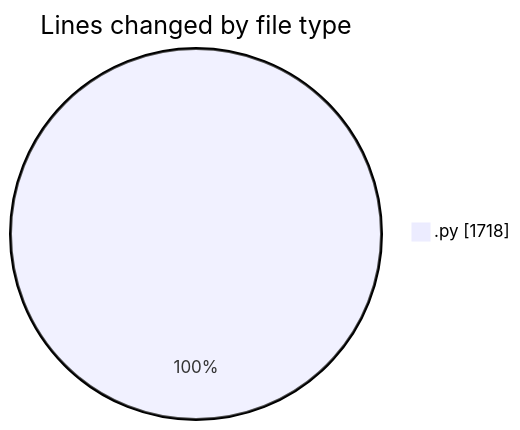
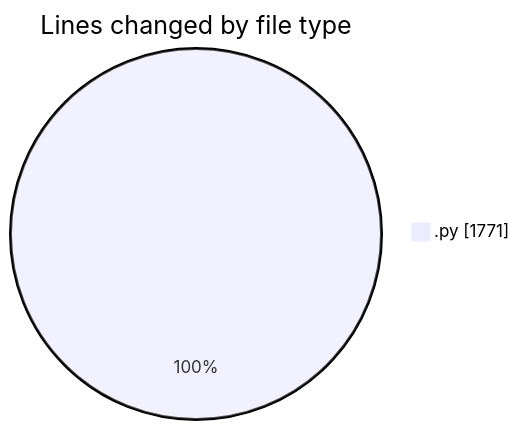
One commit to julien-gomy/code-tracking changed the first of 2 diagrams in 2025-10-21/eventscop-api-guide__workspace_/README.md. Above: the diagram before and after it, drawn with Mermaid. The commit also changed other lines of this file and 1 other file, not shown here.

````diff
--- a/2025-10-21/eventscop-api-guide__workspace_/README.md
+++ b/2025-10-21/eventscop-api-guide__workspace_/README.md
@@ -26,5 +27,5 @@
 ```mermaid
 pie showData
 title Lines changed by file type
-".py" : 1718
+".py" : 1771
 ```
````
